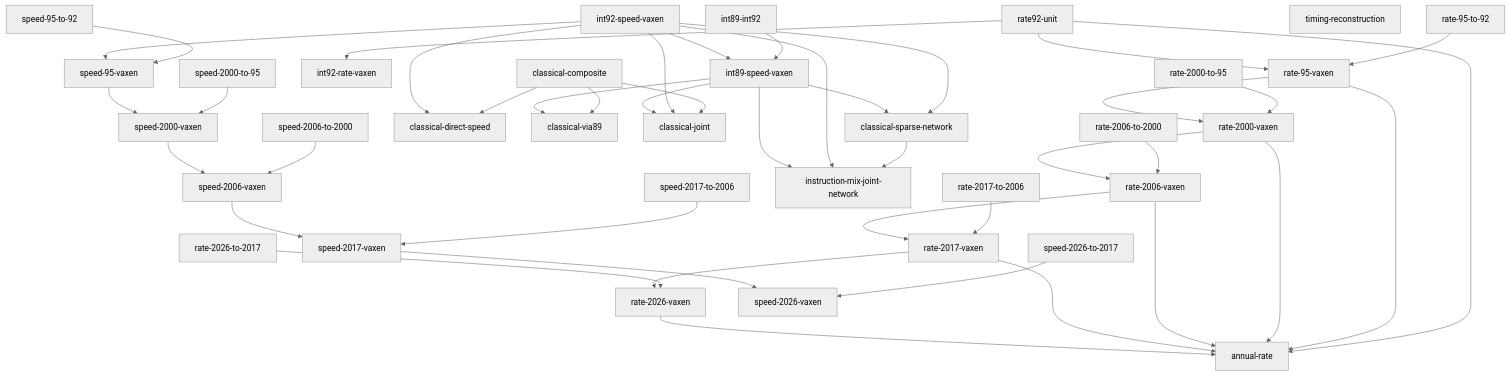
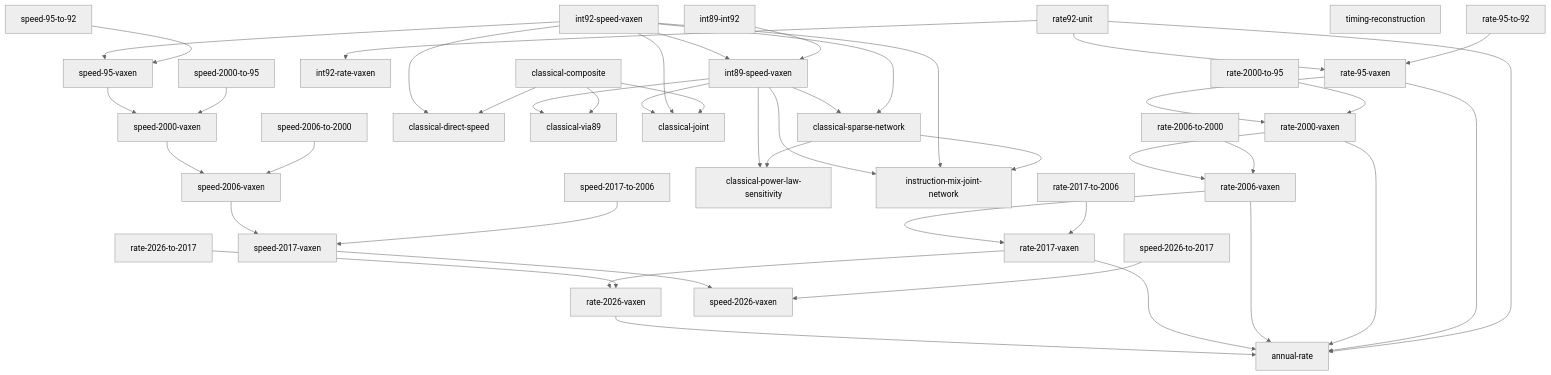
The diagram in research/catalog.md (NeoChen1024/CPUShowSpeed), drawn with Mermaid (neutral theme) before and after one commit. The commit also changed other lines of this file and 10 other files, not shown here.

First line of the commit message:
Add a power-law sensitivity report for single classical calibrations

````diff
--- a/research/catalog.md
+++ b/research/catalog.md
@@ -55,77 +55,80 @@
 ```mermaid
 flowchart TD
     rate92_unit["rate92-unit"]
     rate_95_to_92["rate-95-to-92"]
     rate_95_vaxen["rate-95-vaxen"]
     rate_95_to_92 --> rate_95_vaxen
     rate92_unit --> rate_95_vaxen
     rate_2000_to_95["rate-2000-to-95"]
     rate_2000_vaxen["rate-2000-vaxen"]
     rate_2000_to_95 --> rate_2000_vaxen
     rate_95_vaxen --> rate_2000_vaxen
     rate_2006_to_2000["rate-2006-to-2000"]
     rate_2006_vaxen["rate-2006-vaxen"]
     rate_2006_to_2000 --> rate_2006_vaxen
     rate_2000_vaxen --> rate_2006_vaxen
     rate_2017_to_2006["rate-2017-to-2006"]
     rate_2017_vaxen["rate-2017-vaxen"]
     rate_2017_to_2006 --> rate_2017_vaxen
     rate_2006_vaxen --> rate_2017_vaxen
     rate_2026_to_2017["rate-2026-to-2017"]
     rate_2026_vaxen["rate-2026-vaxen"]
     rate_2026_to_2017 --> rate_2026_vaxen
     rate_2017_vaxen --> rate_2026_vaxen
     annual_rate["annual-rate"]
     rate92_unit --> annual_rate
     rate_95_vaxen --> annual_rate
     rate_2000_vaxen --> annual_rate
     rate_2006_vaxen --> annual_rate
     rate_2017_vaxen --> annual_rate
     rate_2026_vaxen --> annual_rate
     int89_int92["int89-int92"]
     int92_rate_vaxen["int92-rate-vaxen"]
     rate92_unit --> int92_rate_vaxen
     int89_speed_vaxen["int89-speed-vaxen"]
     int89_int92 --> int89_speed_vaxen
     int92_speed_vaxen --> int89_speed_vaxen
     classical_composite["classical-composite"]
     classical_direct_speed["classical-direct-speed"]
     classical_composite --> classical_direct_speed
     int92_speed_vaxen --> classical_direct_speed
     classical_via89["classical-via89"]
     classical_composite --> classical_via89
     int89_speed_vaxen --> classical_via89
     classical_joint["classical-joint"]
     classical_composite --> classical_joint
     int92_speed_vaxen --> classical_joint
     int89_speed_vaxen --> classical_joint
     timing_reconstruction["timing-reconstruction"]
     classical_sparse_network["classical-sparse-network"]
     int92_speed_vaxen --> classical_sparse_network
     int89_speed_vaxen --> classical_sparse_network
+    classical_power_law_sensitivity["classical-power-law-sensitivity"]
+    classical_sparse_network --> classical_power_law_sensitivity
+    int89_speed_vaxen --> classical_power_law_sensitivity
     instruction_mix_joint_network["instruction-mix-joint-network"]
     classical_sparse_network --> instruction_mix_joint_network
     int92_speed_vaxen --> instruction_mix_joint_network
     int89_speed_vaxen --> instruction_mix_joint_network
     int92_speed_vaxen["int92-speed-vaxen"]
     speed_95_to_92["speed-95-to-92"]
     speed_95_vaxen["speed-95-vaxen"]
     speed_95_to_92 --> speed_95_vaxen
     int92_speed_vaxen --> speed_95_vaxen
     speed_2000_to_95["speed-2000-to-95"]
     speed_2000_vaxen["speed-2000-vaxen"]
     speed_2000_to_95 --> speed_2000_vaxen
     speed_95_vaxen --> speed_2000_vaxen
     speed_2006_to_2000["speed-2006-to-2000"]
     speed_2006_vaxen["speed-2006-vaxen"]
     speed_2006_to_2000 --> speed_2006_vaxen
     speed_2000_vaxen --> speed_2006_vaxen
     speed_2017_to_2006["speed-2017-to-2006"]
     speed_2017_vaxen["speed-2017-vaxen"]
     speed_2017_to_2006 --> speed_2017_vaxen
     speed_2006_vaxen --> speed_2017_vaxen
     speed_2026_to_2017["speed-2026-to-2017"]
     speed_2026_vaxen["speed-2026-vaxen"]
     speed_2026_to_2017 --> speed_2026_vaxen
     speed_2017_vaxen --> speed_2026_vaxen
 ```
````
